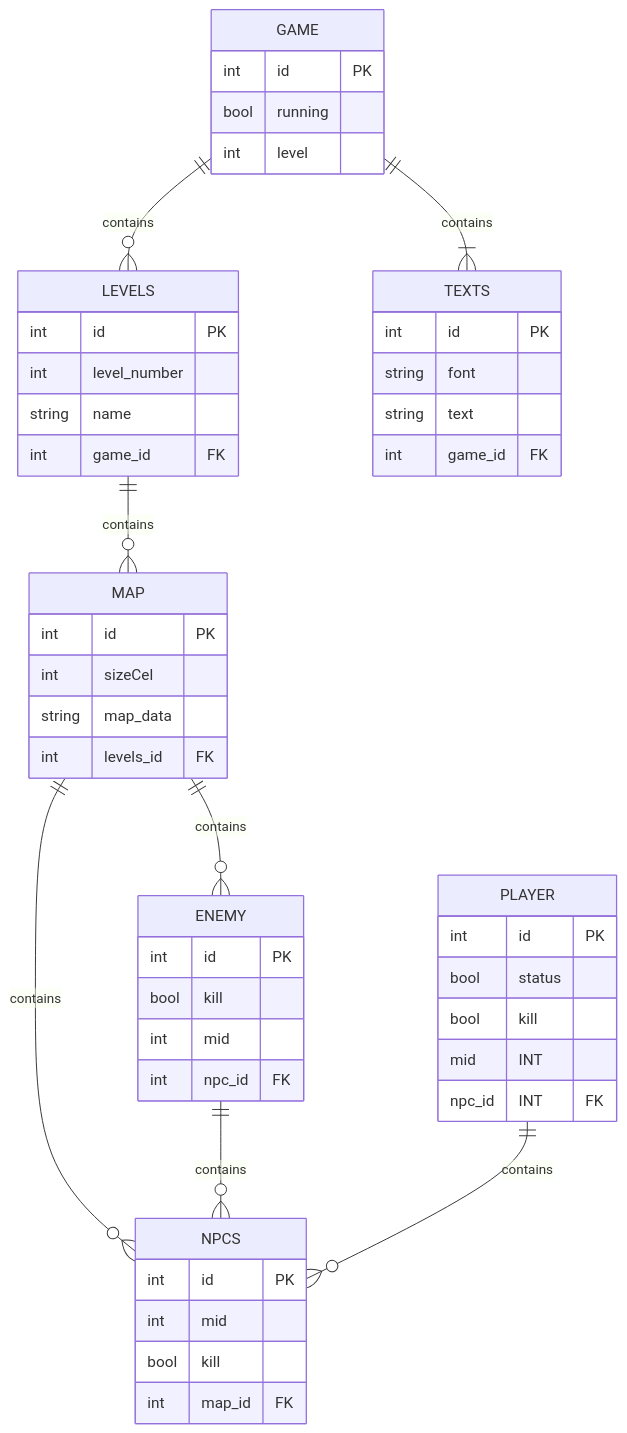
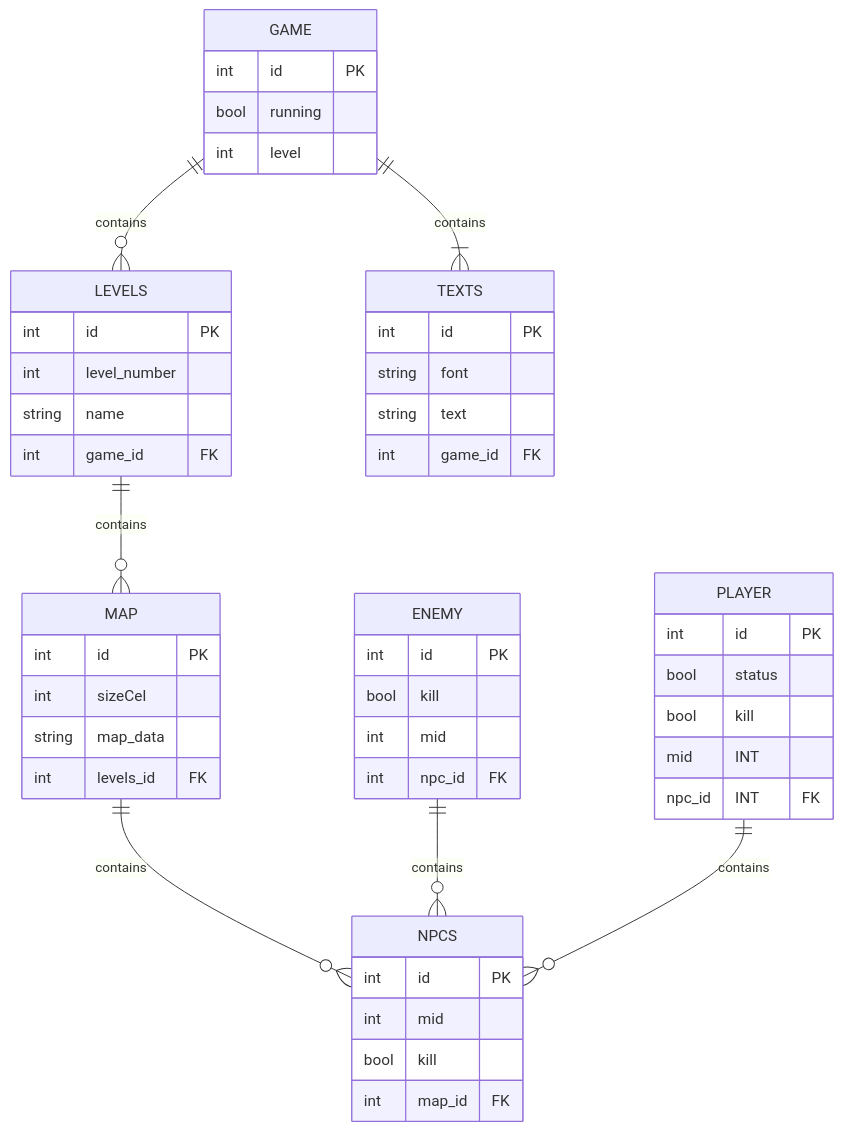
One commit to noneda/try-pygame changed the third of 3 diagrams in README.md. Above: the diagram before and after it, drawn with Mermaid.

````diff
--- a/README.md
+++ b/README.md
@@ -281,52 +281,51 @@
 ```mermaid
 erDiagram
     GAME ||--o{ LEVELS : contains
     GAME ||--|{ TEXTS : contains
     GAME {
         int id PK
         bool running
         int level
     }
     LEVELS ||--o{ MAP : contains
     LEVELS {
         int id PK
         int level_number 
         string name 
         int game_id FK
     }
     MAP ||--o{ NPCS : contains
-    MAP ||--o{ ENEMY : contains
     MAP {
         int id PK
         int sizeCel 
         string map_data 
         int levels_id FK
     }
     NPCS {
         int id PK
         int mid 
         bool kill 
         int map_id FK
     }
     ENEMY||--o{ NPCS : contains
     ENEMY {
         int id PK
         bool kill 
         int mid 
         int npc_id  FK
     }
     PLAYER ||--o{ NPCS : contains
     PLAYER {
         int id PK
         bool status 
         bool kill 
         mid INT
         npc_id INT FK
     }
     TEXTS {
         int id PK
         string font
         string text 
         int game_id FK
     }
 ```
````
